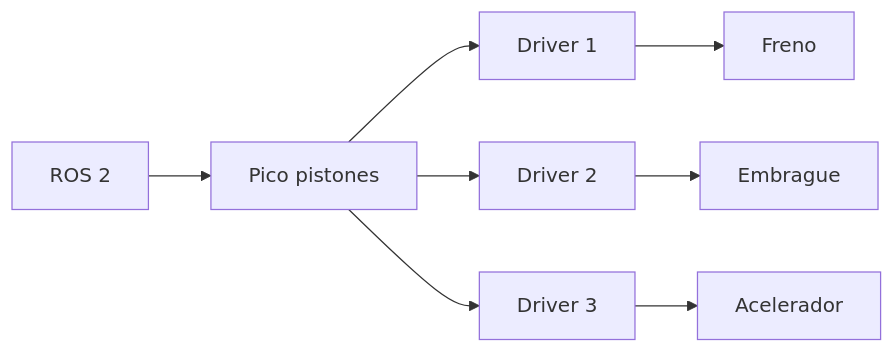
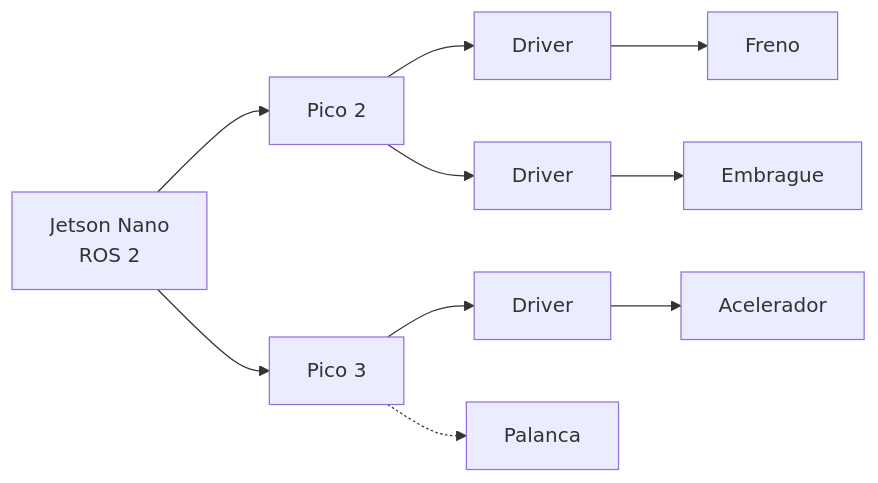
One commit to BrianSimpson01/Agrotecnologias-abiertas-para-mexico- changed the diagram in docs/pistones.md. Above: the diagram before and after it, drawn with Mermaid. The commit also changed other lines of this file and 6 other files, not shown here.

Commit message:
Corregir arquitectura: Picos y Jetson Nano

````diff
--- a/docs/pistones.md
+++ b/docs/pistones.md
@@ -52,7 +54,9 @@
 ```mermaid
 flowchart LR
-    ROS[ROS 2] --> PICO[Pico pistones]
-    PICO --> D1[Driver 1] --> F[Freno]
-    PICO --> D2[Driver 2] --> E[Embrague]
-    PICO --> D3[Driver 3] --> A[Acelerador]
+    JET[Jetson Nano<br/>ROS 2] --> P2[Pico 2]
+    JET --> P3[Pico 3]
+    P2 --> D1[Driver] --> F[Freno]
+    P2 --> D2[Driver] --> E[Embrague]
+    P3 --> D3[Driver] --> A[Acelerador]
+    P3 -.-> PAL[Palanca]
 ```
````
